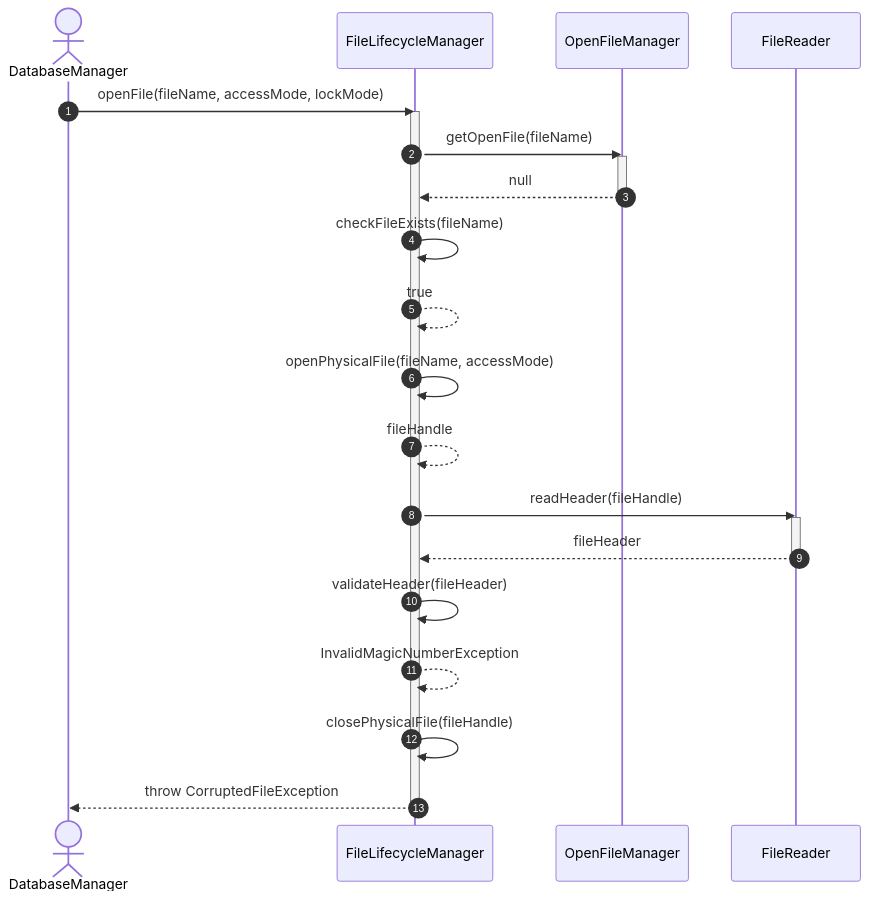
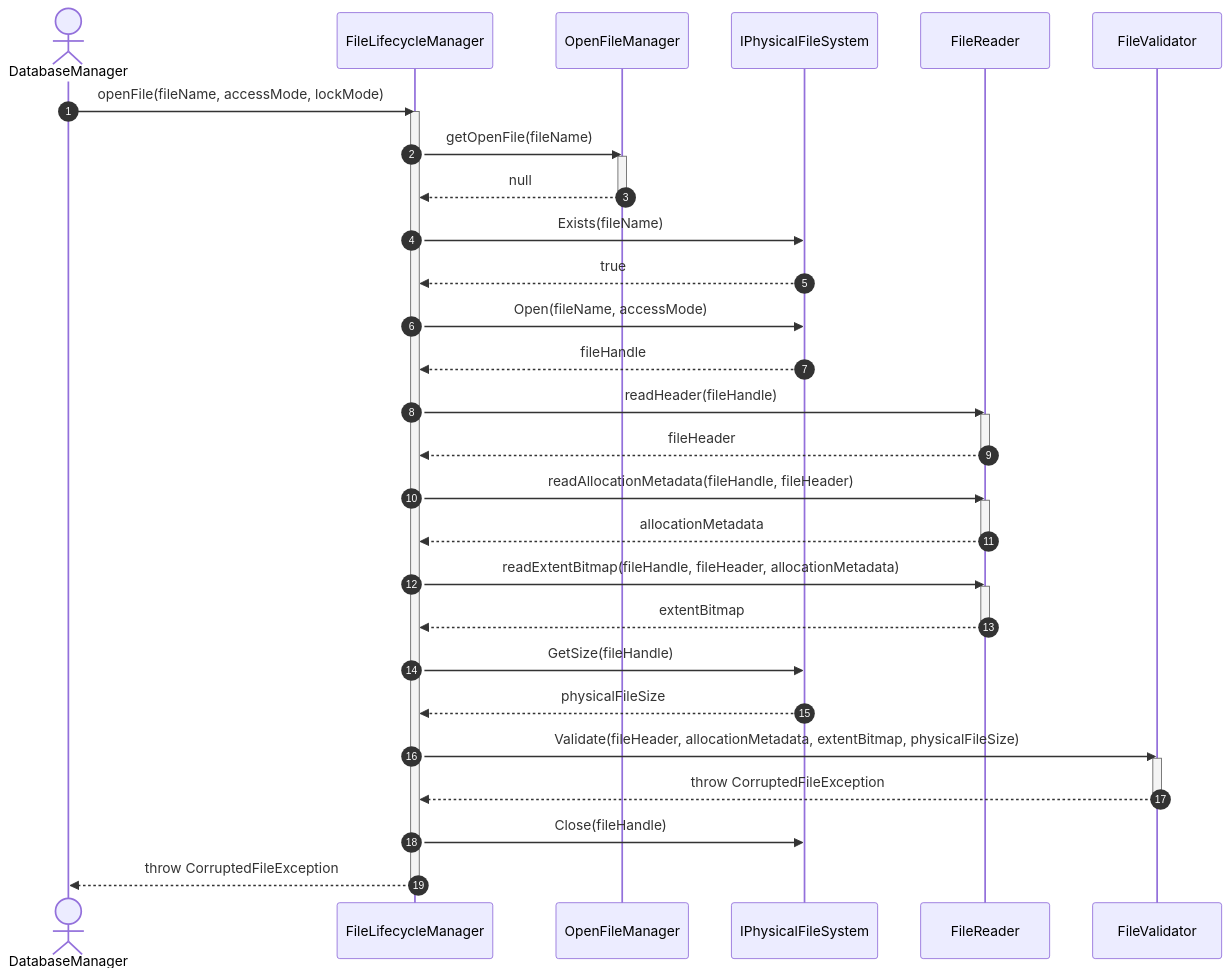
One commit to manaxpow/DBMS changed the fourth of 5 diagrams in docs/diagrams/sequence-diagrams/storage-engine/file-management/file-lifecycle/open-file.md. Above: the diagram before and after it, drawn with Mermaid. The commit also changed other lines of this file and 54 other files, not shown here.

Commit message:
#5 update PhysicalFileSystem

````diff
--- a/docs/diagrams/sequence-diagrams/storage-engine/file-management/file-lifecycle/open-file.md
+++ b/docs/diagrams/sequence-diagrams/storage-engine/file-management/file-lifecycle/open-file.md
@@ -138,35 +147,52 @@
 ```mermaid
 sequenceDiagram
     autonumber
     actor DB as DatabaseManager
     participant LM as FileLifecycleManager
     participant OM as OpenFileManager
+    participant PFS as IPhysicalFileSystem
     participant FR as FileReader
+    participant FV as FileValidator
 
     DB->>LM: openFile(fileName, accessMode, lockMode)
     activate LM
     
     LM->>OM: getOpenFile(fileName)
     activate OM
     OM-->>LM: null
     deactivate OM
     
-    LM->>LM: checkFileExists(fileName)
-    LM-->>LM: true
+    LM->>PFS: Exists(fileName)
+    PFS-->>LM: true
     
-    LM->>LM: openPhysicalFile(fileName, accessMode)
-    LM-->>LM: fileHandle
+    LM->>PFS: Open(fileName, accessMode)
+    PFS-->>LM: fileHandle
     
     LM->>FR: readHeader(fileHandle)
     activate FR
     FR-->>LM: fileHeader
     deactivate FR
+
+    LM->>FR: readAllocationMetadata(fileHandle, fileHeader)
+    activate FR
+    FR-->>LM: allocationMetadata
+    deactivate FR
     
-    LM->>LM: validateHeader(fileHeader)
-    LM-->>LM: InvalidMagicNumberException
+    LM->>FR: readExtentBitmap(fileHandle, fileHeader, allocationMetadata)
+    activate FR
+    FR-->>LM: extentBitmap
+    deactivate FR
+
+    LM->>PFS: GetSize(fileHandle)
+    PFS-->>LM: physicalFileSize
     
-    LM->>LM: closePhysicalFile(fileHandle)
+    LM->>FV: Validate(fileHeader, allocationMetadata, extentBitmap, physicalFileSize)
+    activate FV
+    FV-->>LM: throw CorruptedFileException
+    deactivate FV
+    
+    LM->>PFS: Close(fileHandle)
     
     LM-->>DB: throw CorruptedFileException
     deactivate LM
 ```
````
